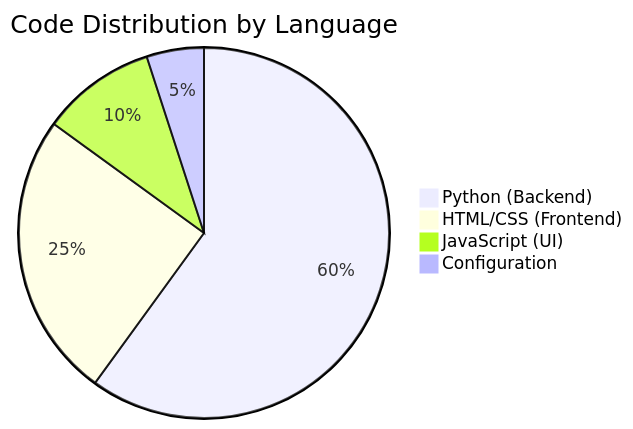
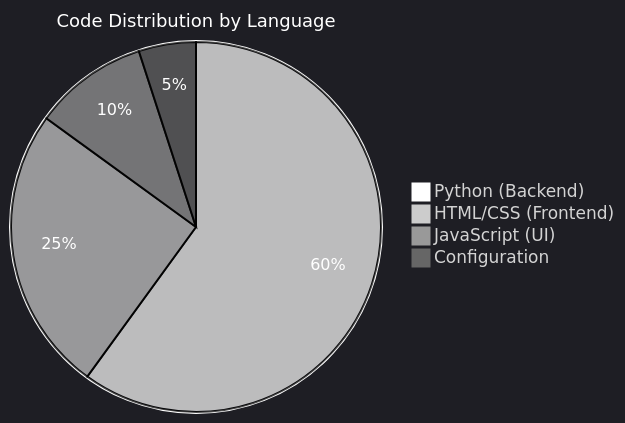
Before and after one commit to Ping-2o/daryn: the ninth of 12 diagrams in README.md, drawn with Mermaid. The commit also changed other lines of this file, not shown here.

````diff
--- a/README.md
+++ b/README.md
@@ -473,7 +510,8 @@
 ```mermaid
+%%{init: {'theme':'dark', 'themeVariables': {'pie1':'#ffffff', 'pie2':'#cccccc', 'pie3':'#999999', 'pie4':'#666666', 'pieTitleTextSize':'18px', 'pieTitleTextColor':'#ffffff', 'pieSectionTextSize':'16px', 'pieSectionTextColor':'#ffffff', 'pieOuterStrokeWidth':'2px', 'pieOuterStrokeColor':'#ffffff'}}}%%
 pie title Code Distribution by Language
     "Python (Backend)" : 60
     "HTML/CSS (Frontend)" : 25
     "JavaScript (UI)" : 10
     "Configuration" : 5
 ```
````
